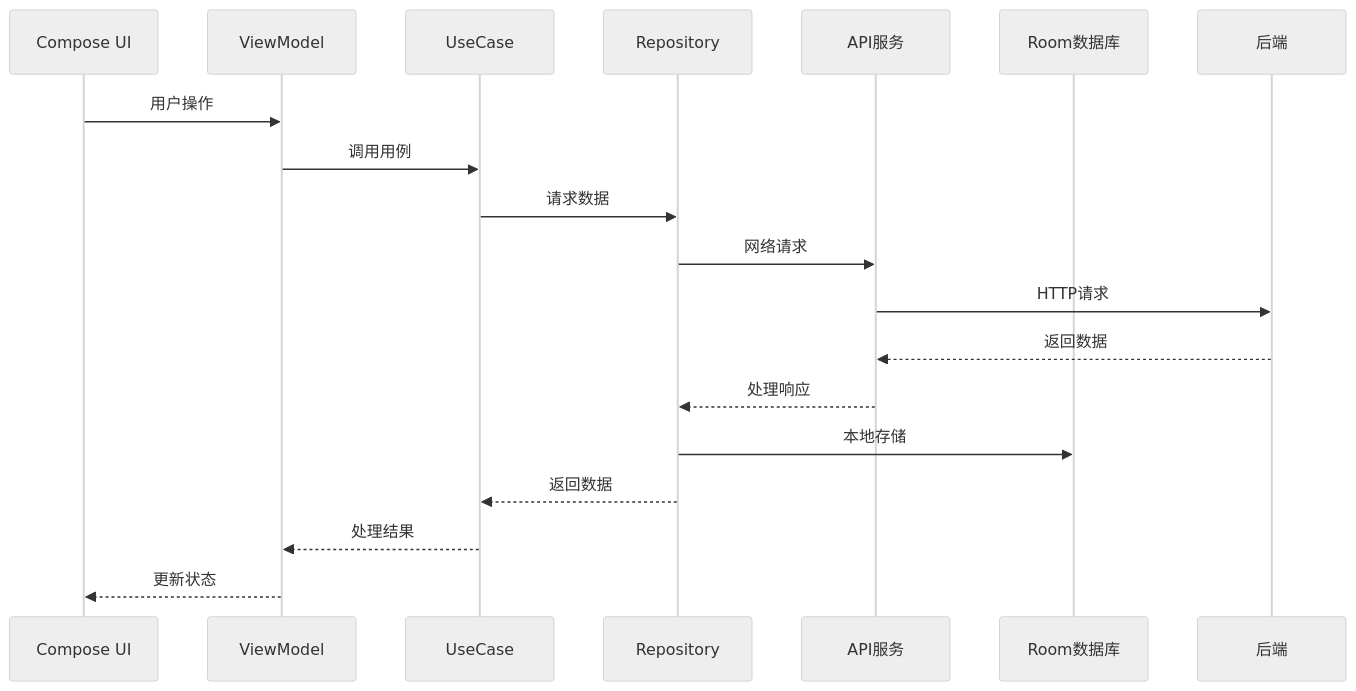
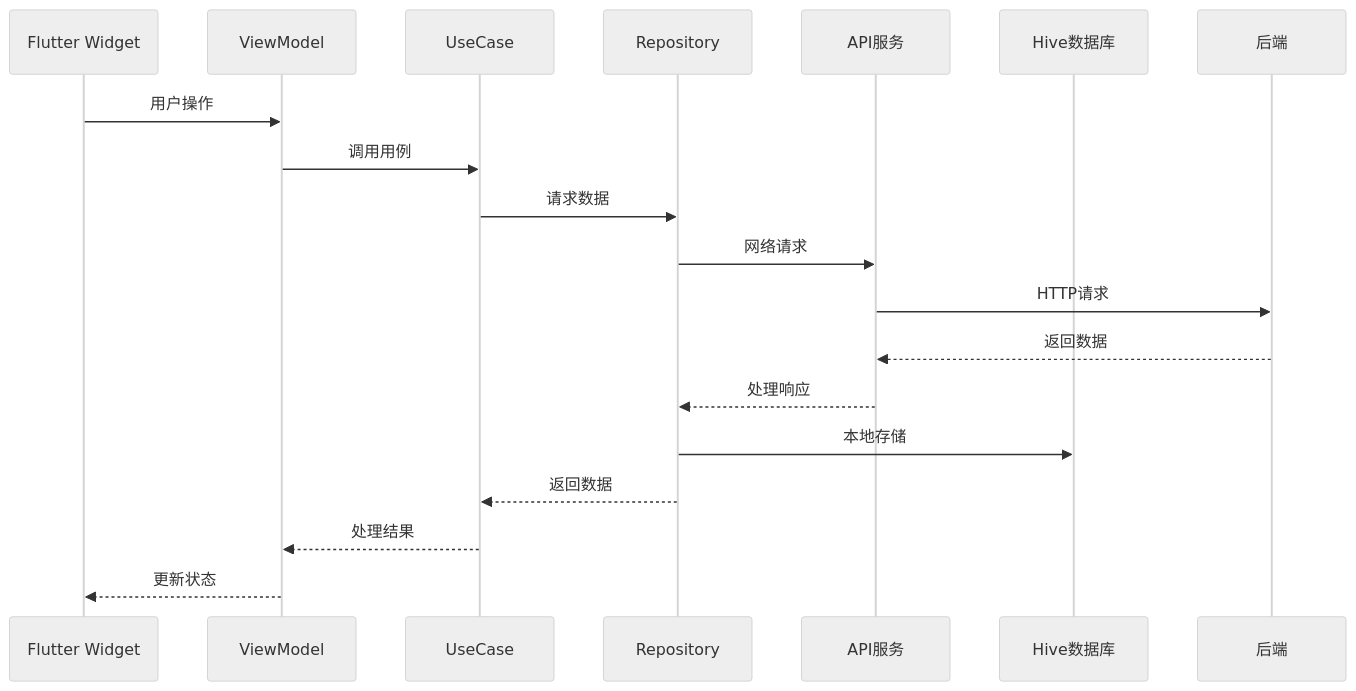
One commit to bage2014/study changed the second of 2 diagrams in study-ai-myapp-fimaly/docs/implementation/frontend_implementation.md. Above: the diagram before and after it, drawn with Mermaid (neutral theme). The commit also changed other lines of this file and 3 other files, not shown here.

````diff
--- a/study-ai-myapp-fimaly/docs/implementation/frontend_implementation.md
+++ b/study-ai-myapp-fimaly/docs/implementation/frontend_implementation.md
@@ -181,22 +179,22 @@
 ```mermaid
 sequenceDiagram
-    participant UI as Compose UI
+    participant UI as Flutter Widget
     participant VM as ViewModel
     participant UC as UseCase
     participant Repo as Repository
     participant API as API服务
-    participant DB as Room数据库
+    participant DB as Hive数据库
     participant Server as 后端
 
     UI->>VM: 用户操作
     VM->>UC: 调用用例
     UC->>Repo: 请求数据
     Repo->>API: 网络请求
     API->>Server: HTTP请求
     Server-->>API: 返回数据
     API-->>Repo: 处理响应
     Repo->>DB: 本地存储
     Repo-->>UC: 返回数据
     UC-->>VM: 处理结果
     VM-->>UI: 更新状态
 ```
````
